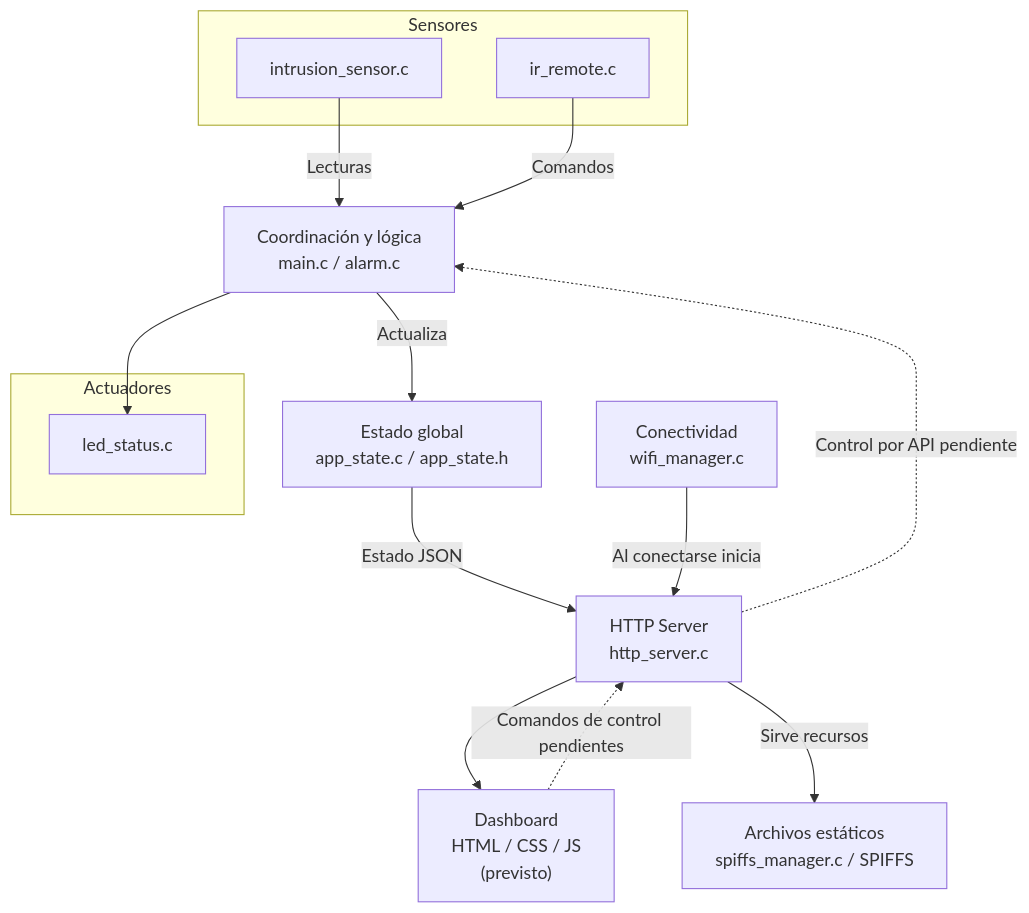
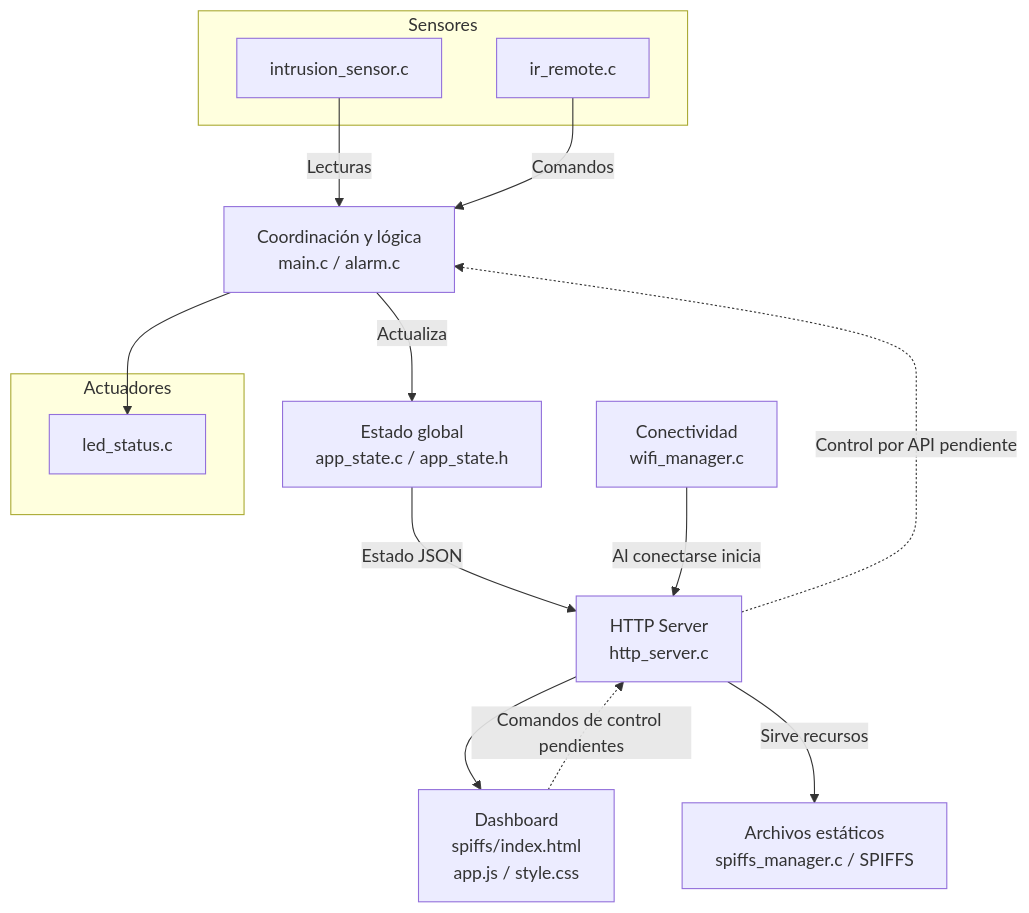
The diagram in README.md (NGN22/Dashboard_esp32), drawn with Mermaid before and after one commit. The commit also changed other lines of this file and 5 other files, not shown here.

````diff
--- a/README.md
+++ b/README.md
@@ -16,27 +16,27 @@
 ```mermaid
 flowchart TB
     subgraph Inputs["Sensores"]
         Intrusion["intrusion_sensor.c"]
         Remote["ir_remote.c"]
     end
     State["Estado global<br/>app_state.c / app_state.h"]
     Main["Coordinación y lógica<br/>main.c / alarm.c"]
     HTTP["HTTP Server<br/>http_server.c"]
-    Dashboard["Dashboard<br/>HTML / CSS / JS<br/>(previsto)"]
+    Dashboard["Dashboard<br/>spiffs/index.html<br/>app.js / style.css"]
     subgraph Outputs["Actuadores"]
         LEDs["led_status.c"]
     end
     WiFi["Conectividad<br/>wifi_manager.c"]
     Storage["Archivos estáticos<br/>spiffs_manager.c / SPIFFS"]
 
     Intrusion -->|Lecturas| Main
     Remote -->|Comandos| Main
     Main -->|Actualiza| State
     Main --> LEDs
     State -->|Estado JSON| HTTP
     HTTP --> Dashboard
     Dashboard -. "Comandos de control pendientes" .-> HTTP
     HTTP -. "Control por API pendiente" .-> Main
     HTTP -->|Sirve recursos| Storage
     WiFi -->|Al conectarse inicia| HTTP
 ```
````
